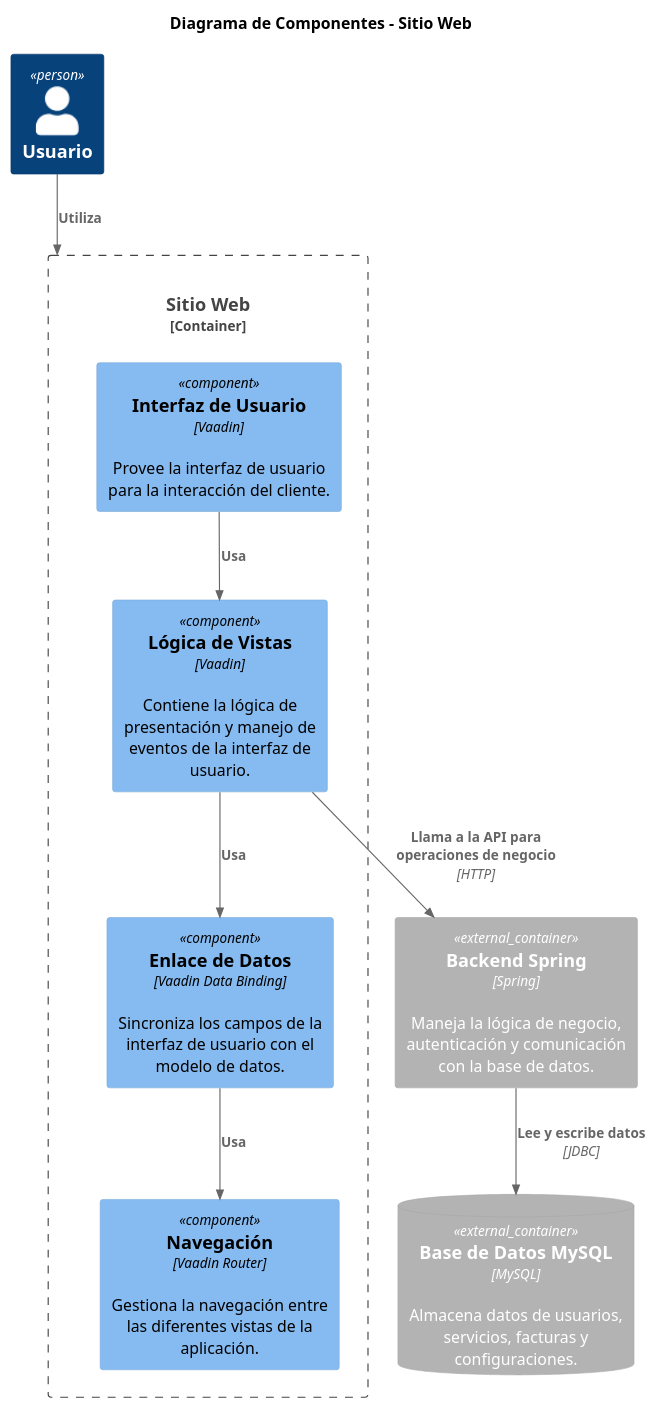
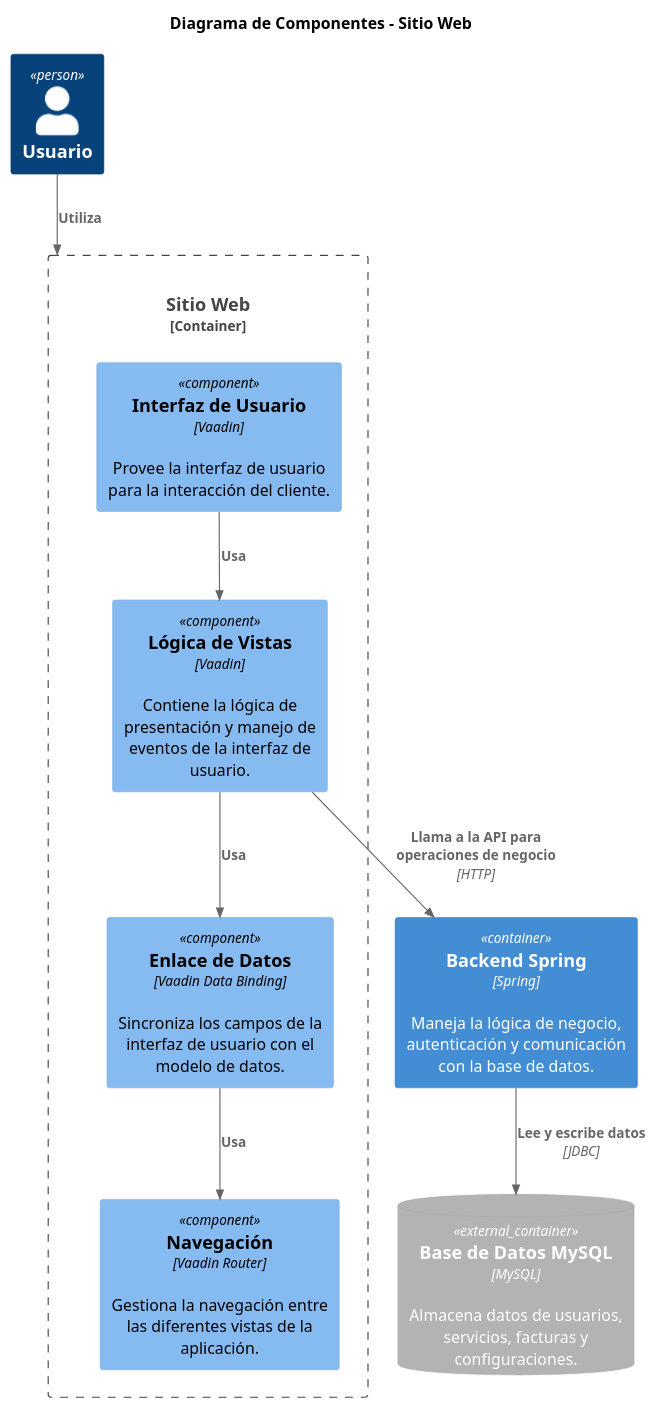
The diagram in docs/diagrams/WebComponentDiagramC4.puml (davidbp10/iw2023-2024-MovilUCA), drawn with PlantUML before and after one commit. The commit also changed 1 other file, not shown here.

```diff
--- a/docs/diagrams/WebComponentDiagramC4.puml
+++ b/docs/diagrams/WebComponentDiagramC4.puml
@@ -1,27 +1,27 @@
 @startuml
 !include https://raw.githubusercontent.com/plantuml-stdlib/C4-PlantUML/master/C4_Component.puml
 
 title Diagrama de Componentes - Sitio Web 
 
 Person(usuario, "Usuario", "")
 
 Container_Boundary(web, "Sitio Web", "Vaadin", "Permite a los clientes interactuar con la plataforma.") {
     Component(ui, "Interfaz de Usuario", "Vaadin", "Provee la interfaz de usuario para la interacción del cliente.")
     Component(viewLogic, "Lógica de Vistas", "Vaadin", "Contiene la lógica de presentación y manejo de eventos de la interfaz de usuario.")
     Component(dataBinding, "Enlace de Datos", "Vaadin Data Binding", "Sincroniza los campos de la interfaz de usuario con el modelo de datos.")
     Component(navigation, "Navegación", "Vaadin Router", "Gestiona la navegación entre las diferentes vistas de la aplicación.")
     
     Rel(ui, viewLogic, "Usa")
     Rel(viewLogic, dataBinding, "Usa")
     Rel(dataBinding, navigation, "Usa")
 }
 
 
 ContainerDb_Ext(bd, "Base de Datos MySQL", "MySQL", "Almacena datos de usuarios, servicios, facturas y configuraciones.")
-Container_Ext(backend, "Backend Spring", "Spring", "Maneja la lógica de negocio, autenticación y comunicación con la base de datos.")
+Container(backend, "Backend Spring", "Spring", "Maneja la lógica de negocio, autenticación y comunicación con la base de datos.")
 
 Rel(usuario, web, "Utiliza")
 Rel(viewLogic, backend, "Llama a la API para operaciones de negocio", "HTTP")
 Rel(backend, bd, "Lee y escribe datos", "JDBC")
 
 @enduml
```
